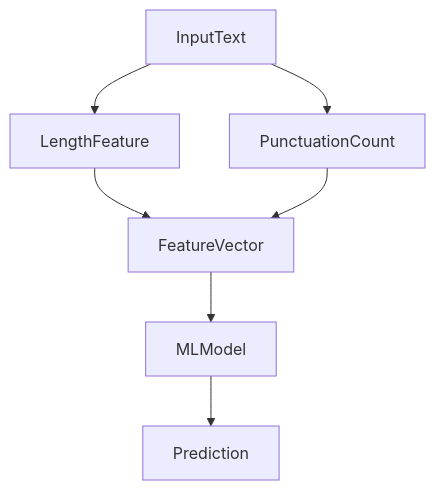
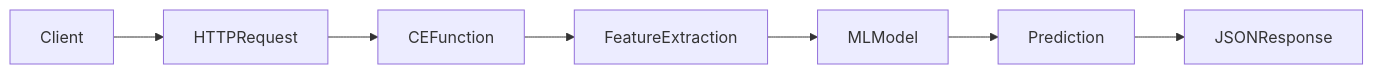
The third of 3 diagrams in ibm-function/README.md (iportilla/5350-mlops), drawn with Mermaid before and after one commit. The commit also changed other lines of this file, not shown here.

````diff
--- a/ibm-function/README.md
+++ b/ibm-function/README.md
@@ -189,9 +248,9 @@
 ```mermaid
-flowchart TD
-    InputText --> LengthFeature
-    InputText --> PunctuationCount
-    LengthFeature --> FeatureVector
-    PunctuationCount --> FeatureVector
-    FeatureVector --> MLModel
+flowchart LR
+    Client --> HTTPRequest
+    HTTPRequest --> CEFunction
+    CEFunction --> FeatureExtraction
+    FeatureExtraction --> MLModel
     MLModel --> Prediction
+    Prediction --> JSONResponse
 ```
````
